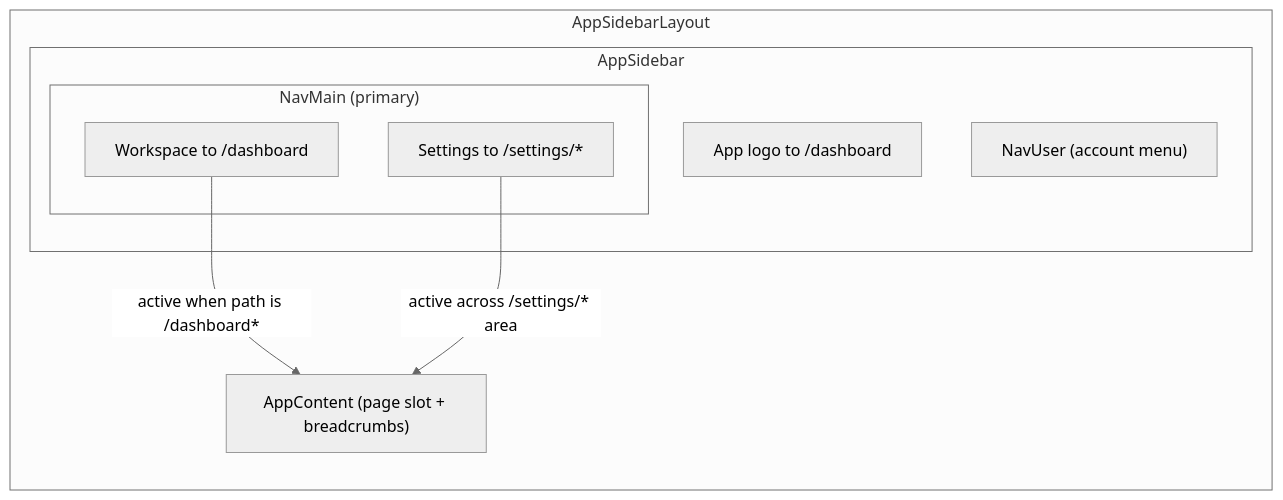
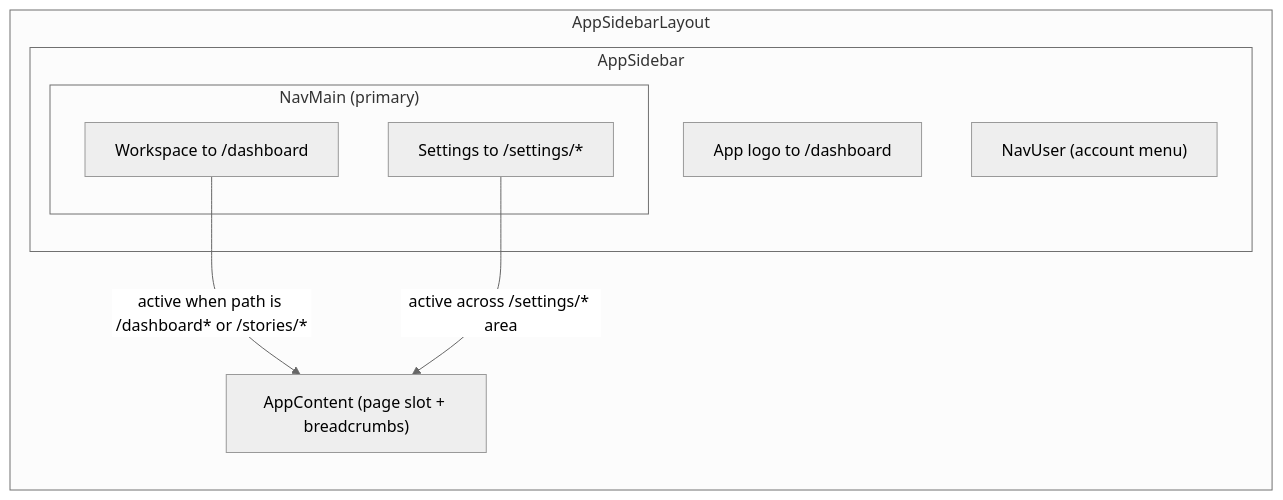
Before and after one commit to ZulfikarHD/text-advanture-app: the first of 3 diagrams in docs/architecture/Diagrams/App/App_Shell_Navigation.md, drawn with Mermaid (neutral theme). The commit also changed other lines of this file and 25 other files, not shown here.

````diff
--- a/docs/architecture/Diagrams/App/App_Shell_Navigation.md
+++ b/docs/architecture/Diagrams/App/App_Shell_Navigation.md
@@ -7,18 +7,18 @@
 ```mermaid
 flowchart LR
     subgraph Shell["AppSidebarLayout"]
         direction TB
         subgraph Sidebar["AppSidebar"]
             Logo["App logo to /dashboard"]
             subgraph Nav["NavMain (primary)"]
                 Workspace["Workspace to /dashboard"]
                 Settings["Settings to /settings/*"]
             end
             User["NavUser (account menu)"]
         end
         Content["AppContent (page slot + breadcrumbs)"]
     end
 
-    Workspace -->|"active when path is /dashboard*"| Content
+    Workspace -->|"active when path is /dashboard* or /stories/*"| Content
     Settings -->|"active across /settings/* area"| Content
 ```
````
